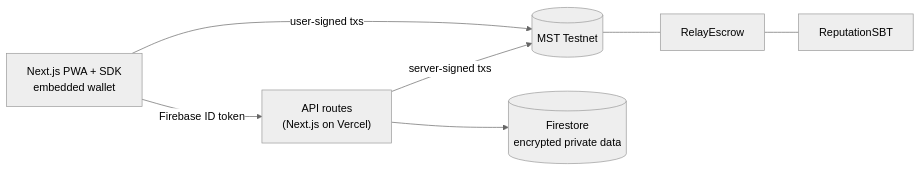
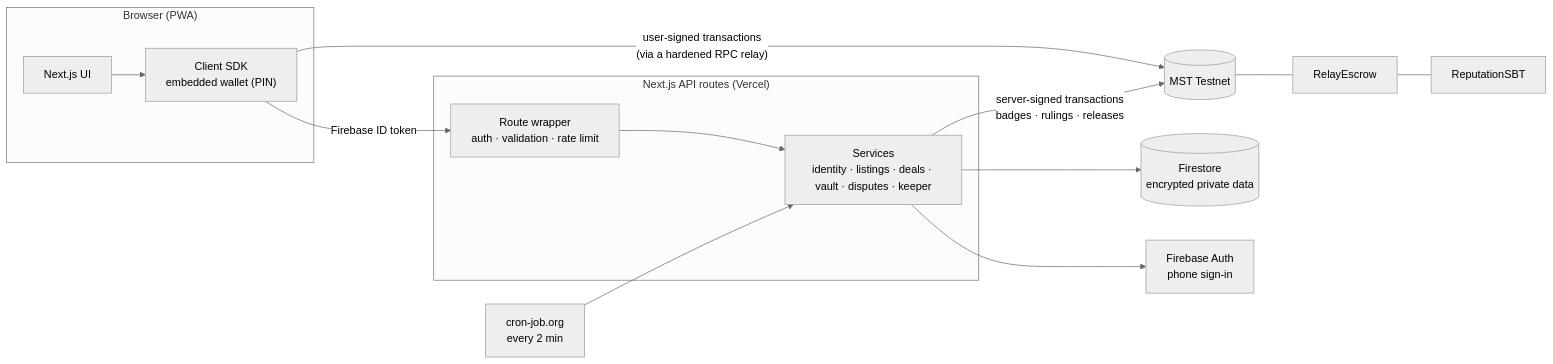
One commit to Atharvchaskar008/RewardRelay changed the third of 3 diagrams in README.md. Above: the diagram before and after it, drawn with Mermaid (neutral theme). The commit also changed other lines of this file and 9 other files, not shown here.

````diff
--- a/README.md
+++ b/README.md
@@ -38,8 +123,16 @@
 ```mermaid
 flowchart LR
-  UI["Next.js PWA + SDK<br/>embedded wallet"] -- "Firebase ID token" --> API["API routes<br/>(Next.js on Vercel)"]
-  UI -- "user-signed txs" --> MST[("MST Testnet")]
-  API -- "server-signed txs" --> MST
-  MST --- ESC[RelayEscrow] --- SBT[ReputationSBT]
-  API --> FS[("Firestore<br/>encrypted private data")]
+    subgraph Browser["Browser (PWA)"]
+        UI["Next.js UI"] --> SDK["Client SDK<br/>embedded wallet (PIN)"]
+    end
+    subgraph Server["Next.js API routes (Vercel)"]
+        API["Route wrapper<br/>auth · validation · rate limit"] --> SVC["Services<br/>identity · listings · deals · vault · disputes · keeper"]
+    end
+    SDK -- "Firebase ID token" --> API
+    SDK -- "user-signed transactions<br/>(via a hardened RPC relay)" --> MST[("MST Testnet")]
+    SVC -- "server-signed transactions<br/>badges · rulings · releases" --> MST
+    SVC --> FS[("Firestore<br/>encrypted private data")]
+    SVC --> AUTH["Firebase Auth<br/>phone sign-in"]
+    MST --- ESC["RelayEscrow"] --- SBT["ReputationSBT"]
+    CRON["cron-job.org<br/>every 2 min"] --> SVC
 ```
````
